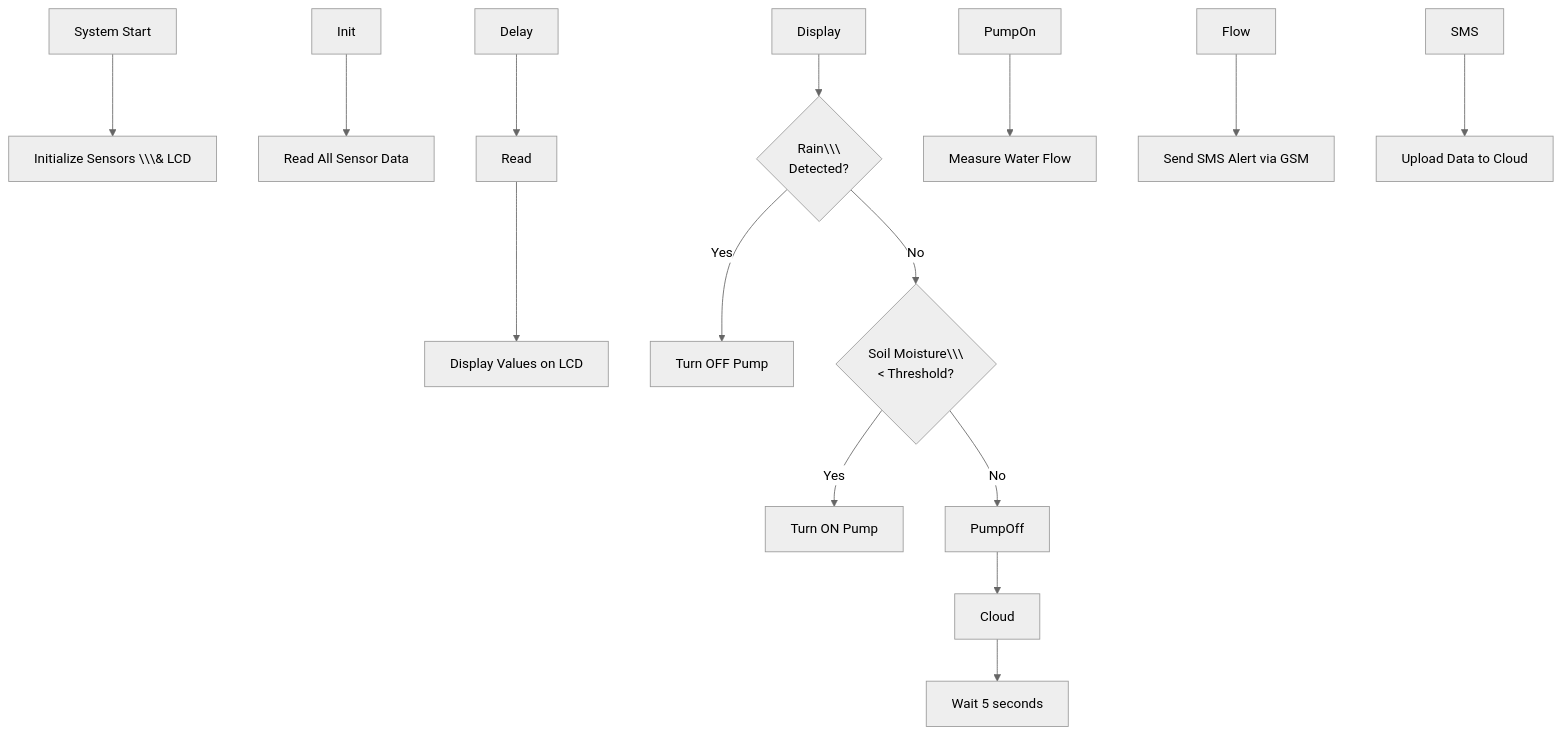
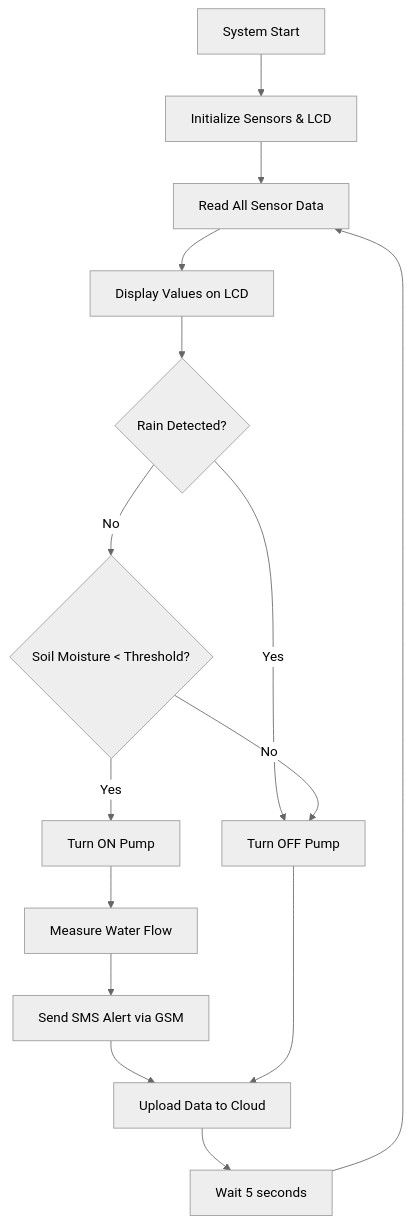
Before and after one commit to SiliconLabsSoftware/community-creations: the second of 2 diagrams in campaigns/Centre-of-Innovation-in-IoT/campaigns/Centre-of-Innovation-in-IoT/smart-irrigation-esp32/README.md, drawn with Mermaid (neutral theme). The commit also changed other lines of this file, not shown here.

````diff
--- a/campaigns/Centre-of-Innovation-in-IoT/campaigns/Centre-of-Innovation-in-IoT/smart-irrigation-esp32/README.md
+++ b/campaigns/Centre-of-Innovation-in-IoT/campaigns/Centre-of-Innovation-in-IoT/smart-irrigation-esp32/README.md
@@ -66,17 +52,17 @@
 ```mermaid
 flowchart TD
-    Start\\\[System Start] --> Init\\\[Initialize Sensors \\\& LCD]
-    Init --> Read\\\[Read All Sensor Data]
-    Read --> Display\\\[Display Values on LCD]
-    Display --> Rain{Rain\\\\nDetected?}
-    Rain -- Yes --> PumpOff\\\[Turn OFF Pump]
-    Rain -- No --> Moist{Soil Moisture\\\\n< Threshold?}
-    Moist -- Yes --> PumpOn\\\[Turn ON Pump]
+    Start[System Start] --> Init[Initialize Sensors & LCD]
+    Init --> Read[Read All Sensor Data]
+    Read --> Display[Display Values on LCD]
+    Display --> Rain{Rain Detected?}
+    Rain -- Yes --> PumpOff[Turn OFF Pump]
+    Rain -- No --> Moist{Soil Moisture < Threshold?}
+    Moist -- Yes --> PumpOn[Turn ON Pump]
     Moist -- No --> PumpOff
-    PumpOn --> Flow\\\[Measure Water Flow]
-    Flow --> SMS\\\[Send SMS Alert via GSM]
-    SMS --> Cloud\\\[Upload Data to Cloud]
+    PumpOn --> Flow[Measure Water Flow]
+    Flow --> SMS[Send SMS Alert via GSM]
+    SMS --> Cloud[Upload Data to Cloud]
     PumpOff --> Cloud
-    Cloud --> Delay\\\[Wait 5 seconds]
+    Cloud --> Delay[Wait 5 seconds]
     Delay --> Read
 ```
````
